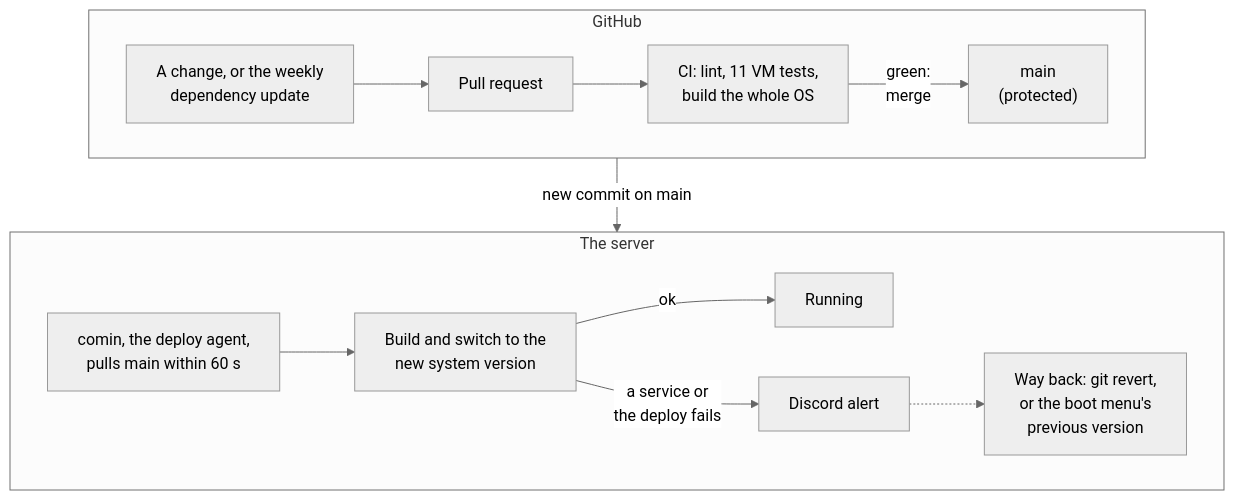
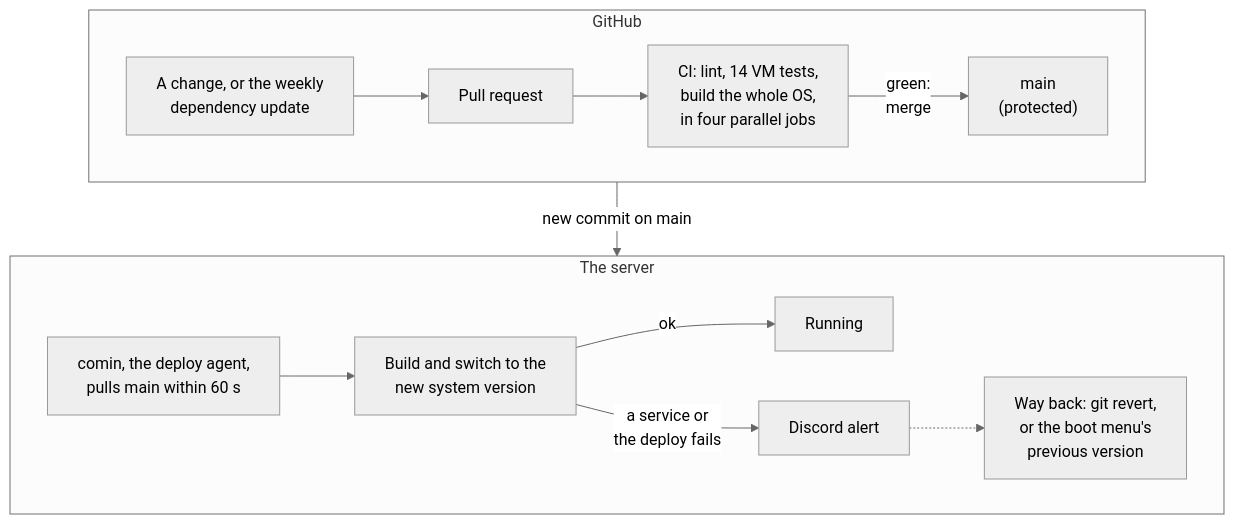
The first of 2 diagrams in README.md (alexCranfield/nixos-homeserver), drawn with Mermaid (neutral theme) before and after one commit. The commit also changed other lines of this file and 7 other files, not shown here.

First line of the commit message:
CI: split the checks across parallel shard jobs behind one check (#181)

````diff
--- a/README.md
+++ b/README.md
@@ -17,22 +17,22 @@
 ```mermaid
 flowchart TD
     subgraph github["GitHub"]
         direction LR
         bot["A change, or the weekly<br/>dependency update"]
         pr["Pull request"]
-        ci["CI: lint, 11 VM tests,<br/>build the whole OS"]
+        ci["CI: lint, 14 VM tests,<br/>build the whole OS,<br/>in four parallel jobs"]
         main["main<br/>(protected)"]
         bot --> pr --> ci -->|"green:<br/>merge"| main
     end
     subgraph nuc["The server"]
         direction LR
         comin["comin, the deploy agent,<br/>pulls main within 60 s"]
         switch["Build and switch to the<br/>new system version"]
         running["Running"]
         alert["Discord alert"]
         back["Way back: git revert,<br/>or the boot menu's<br/>previous version"]
         comin --> switch -->|ok| running
         switch -->|"a service or<br/>the deploy fails"| alert -.-> back
     end
     github -->|"new commit on main"| nuc
 ```
````
